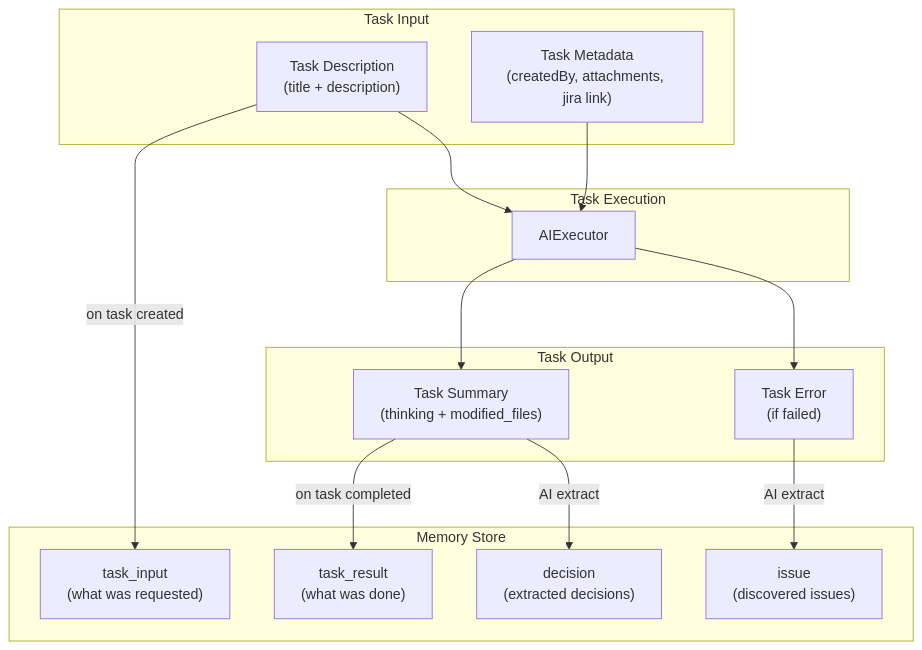
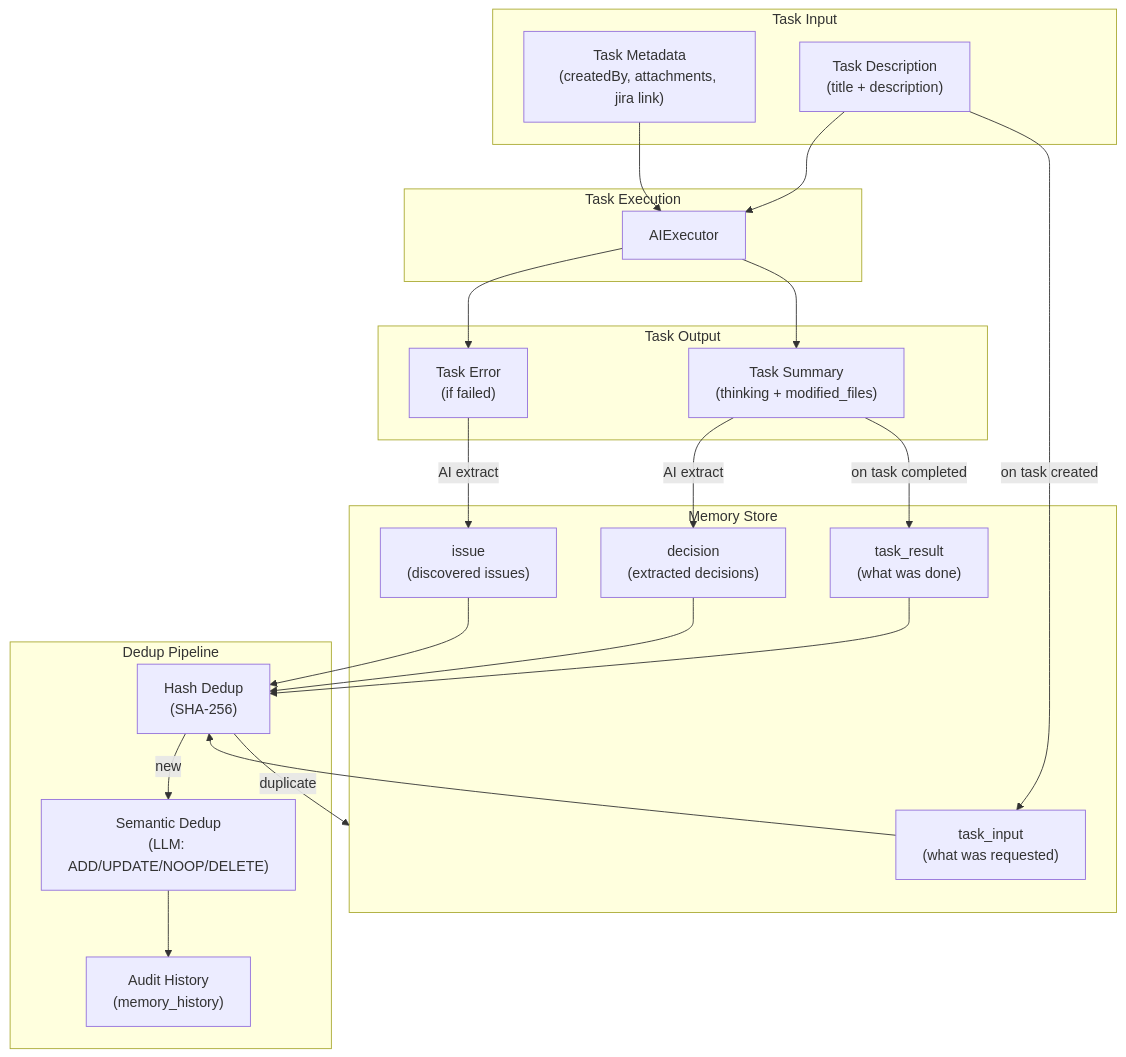
One commit to xxxxxccc/devops-bot changed the second of 3 diagrams in README.md. Above: the diagram before and after it, drawn with Mermaid. The commit also changed other lines of this file and 3 other files, not shown here.

First line of the commit message:
docs: update memory-system docs with dedup, history, and custom types

````diff
--- a/README.md
+++ b/README.md
@@ -58,33 +58,47 @@
 ```mermaid
 flowchart TB
     subgraph input [Task Input]
         TaskDesc["Task Description\n(title + description)"]
         TaskMeta["Task Metadata\n(createdBy, attachments, jira link)"]
     end
 
     subgraph exec [Task Execution]
         AI["AIExecutor"]
     end
 
     subgraph output [Task Output]
         Summary["Task Summary\n(thinking + modified_files)"]
         Error["Task Error\n(if failed)"]
     end
 
     subgraph memory [Memory Store]
         TaskInput_Mem["task_input\n(what was requested)"]
         TaskResult_Mem["task_result\n(what was done)"]
         Decision_Mem["decision\n(extracted decisions)"]
         Issue_Mem["issue\n(discovered issues)"]
     end
 
+    subgraph dedup [Dedup Pipeline]
+        HashDedup["Hash Dedup\n(SHA-256)"]
+        SemanticDedup["Semantic Dedup\n(LLM: ADD/UPDATE/NOOP/DELETE)"]
+        History["Audit History\n(memory_history)"]
+    end
+
     TaskDesc --> AI
     TaskMeta --> AI
     AI --> Summary
     AI --> Error
 
     TaskDesc -->|"on task created"| TaskInput_Mem
     Summary -->|"on task completed"| TaskResult_Mem
     Summary -->|"AI extract"| Decision_Mem
     Error -->|"AI extract"| Issue_Mem
+
+    TaskInput_Mem --> HashDedup
+    TaskResult_Mem --> HashDedup
+    Decision_Mem --> HashDedup
+    Issue_Mem --> HashDedup
+    HashDedup -->|"new"| SemanticDedup
+    HashDedup -->|"duplicate"| memory
+    SemanticDedup --> History
 ```
````
